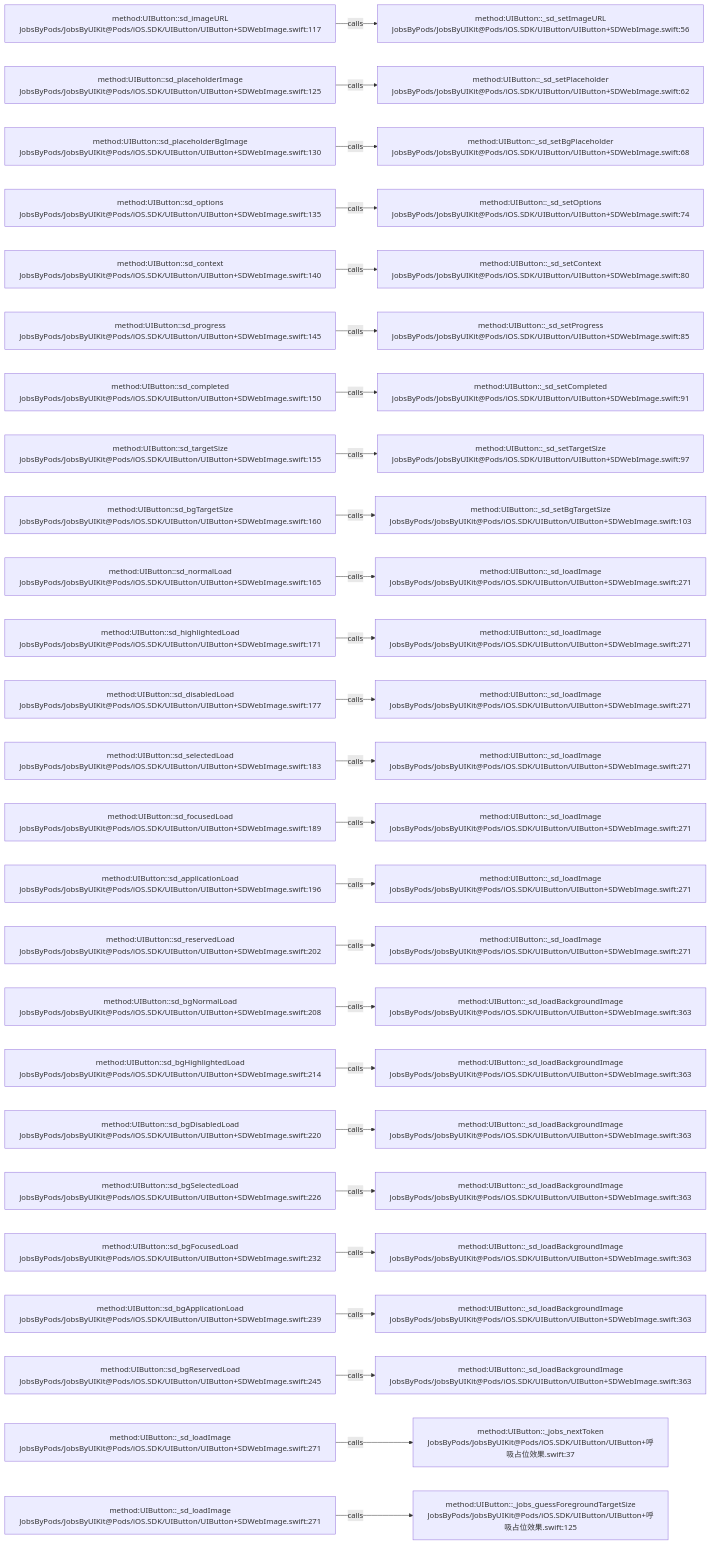
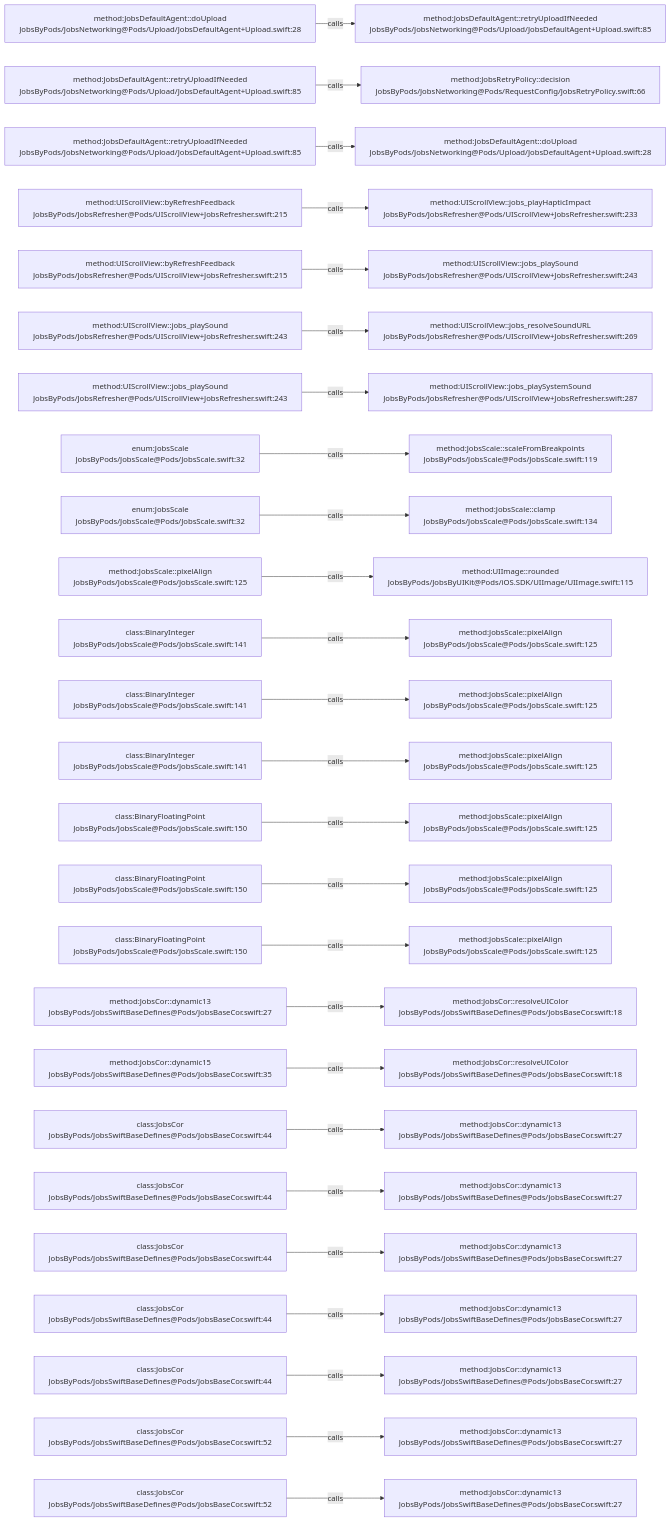
One commit to JobsKits/JobsSwiftBaseConfigDemo changed the diagram in .codegraph/codegraph.md/graphs/calls-042.md. Above: the diagram before and after it, drawn with Mermaid. The commit also changed 569 other files, not shown here.

````diff
--- a/.codegraph/codegraph.md/graphs/calls-042.md
+++ b/.codegraph/codegraph.md/graphs/calls-042.md
@@ -13,78 +13,78 @@
 ```mermaid
 flowchart LR
-  S1["method:UIButton::sd_imageURL<br/>JobsByPods/JobsByUIKit@Pods/iOS.SDK/UIButton/UIButton+SDWebImage.swift:117"]
-  T1["method:UIButton::_sd_setImageURL<br/>JobsByPods/JobsByUIKit@Pods/iOS.SDK/UIButton/UIButton+SDWebImage.swift:56"]
+  S1["method:JobsDefaultAgent::doUpload<br/>JobsByPods/JobsNetworking@Pods/Upload/JobsDefaultAgent+Upload.swift:28"]
+  T1["method:JobsDefaultAgent::retryUploadIfNeeded<br/>JobsByPods/JobsNetworking@Pods/Upload/JobsDefaultAgent+Upload.swift:85"]
   S1 -->|calls| T1
-  S2["method:UIButton::sd_placeholderImage<br/>JobsByPods/JobsByUIKit@Pods/iOS.SDK/UIButton/UIButton+SDWebImage.swift:125"]
-  T2["method:UIButton::_sd_setPlaceholder<br/>JobsByPods/JobsByUIKit@Pods/iOS.SDK/UIButton/UIButton+SDWebImage.swift:62"]
+  S2["method:JobsDefaultAgent::retryUploadIfNeeded<br/>JobsByPods/JobsNetworking@Pods/Upload/JobsDefaultAgent+Upload.swift:85"]
+  T2["method:JobsRetryPolicy::decision<br/>JobsByPods/JobsNetworking@Pods/RequestConfig/JobsRetryPolicy.swift:66"]
   S2 -->|calls| T2
-  S3["method:UIButton::sd_placeholderBgImage<br/>JobsByPods/JobsByUIKit@Pods/iOS.SDK/UIButton/UIButton+SDWebImage.swift:130"]
-  T3["method:UIButton::_sd_setBgPlaceholder<br/>JobsByPods/JobsByUIKit@Pods/iOS.SDK/UIButton/UIButton+SDWebImage.swift:68"]
+  S3["method:JobsDefaultAgent::retryUploadIfNeeded<br/>JobsByPods/JobsNetworking@Pods/Upload/JobsDefaultAgent+Upload.swift:85"]
+  T3["method:JobsDefaultAgent::doUpload<br/>JobsByPods/JobsNetworking@Pods/Upload/JobsDefaultAgent+Upload.swift:28"]
   S3 -->|calls| T3
-  S4["method:UIButton::sd_options<br/>JobsByPods/JobsByUIKit@Pods/iOS.SDK/UIButton/UIButton+SDWebImage.swift:135"]
-  T4["method:UIButton::_sd_setOptions<br/>JobsByPods/JobsByUIKit@Pods/iOS.SDK/UIButton/UIButton+SDWebImage.swift:74"]
+  S4["method:UIScrollView::byRefreshFeedback<br/>JobsByPods/JobsRefresher@Pods/UIScrollView+JobsRefresher.swift:215"]
+  T4["method:UIScrollView::jobs_playHapticImpact<br/>JobsByPods/JobsRefresher@Pods/UIScrollView+JobsRefresher.swift:233"]
   S4 -->|calls| T4
-  S5["method:UIButton::sd_context<br/>JobsByPods/JobsByUIKit@Pods/iOS.SDK/UIButton/UIButton+SDWebImage.swift:140"]
-  T5["method:UIButton::_sd_setContext<br/>JobsByPods/JobsByUIKit@Pods/iOS.SDK/UIButton/UIButton+SDWebImage.swift:80"]
+  S5["method:UIScrollView::byRefreshFeedback<br/>JobsByPods/JobsRefresher@Pods/UIScrollView+JobsRefresher.swift:215"]
+  T5["method:UIScrollView::jobs_playSound<br/>JobsByPods/JobsRefresher@Pods/UIScrollView+JobsRefresher.swift:243"]
   S5 -->|calls| T5
-  S6["method:UIButton::sd_progress<br/>JobsByPods/JobsByUIKit@Pods/iOS.SDK/UIButton/UIButton+SDWebImage.swift:145"]
-  T6["method:UIButton::_sd_setProgress<br/>JobsByPods/JobsByUIKit@Pods/iOS.SDK/UIButton/UIButton+SDWebImage.swift:85"]
+  S6["method:UIScrollView::jobs_playSound<br/>JobsByPods/JobsRefresher@Pods/UIScrollView+JobsRefresher.swift:243"]
+  T6["method:UIScrollView::jobs_resolveSoundURL<br/>JobsByPods/JobsRefresher@Pods/UIScrollView+JobsRefresher.swift:269"]
   S6 -->|calls| T6
-  S7["method:UIButton::sd_completed<br/>JobsByPods/JobsByUIKit@Pods/iOS.SDK/UIButton/UIButton+SDWebImage.swift:150"]
-  T7["method:UIButton::_sd_setCompleted<br/>JobsByPods/JobsByUIKit@Pods/iOS.SDK/UIButton/UIButton+SDWebImage.swift:91"]
+  S7["method:UIScrollView::jobs_playSound<br/>JobsByPods/JobsRefresher@Pods/UIScrollView+JobsRefresher.swift:243"]
+  T7["method:UIScrollView::jobs_playSystemSound<br/>JobsByPods/JobsRefresher@Pods/UIScrollView+JobsRefresher.swift:287"]
   S7 -->|calls| T7
-  S8["method:UIButton::sd_targetSize<br/>JobsByPods/JobsByUIKit@Pods/iOS.SDK/UIButton/UIButton+SDWebImage.swift:155"]
-  T8["method:UIButton::_sd_setTargetSize<br/>JobsByPods/JobsByUIKit@Pods/iOS.SDK/UIButton/UIButton+SDWebImage.swift:97"]
+  S8["enum:JobsScale<br/>JobsByPods/JobsScale@Pods/JobsScale.swift:32"]
+  T8["method:JobsScale::scaleFromBreakpoints<br/>JobsByPods/JobsScale@Pods/JobsScale.swift:119"]
   S8 -->|calls| T8
-  S9["method:UIButton::sd_bgTargetSize<br/>JobsByPods/JobsByUIKit@Pods/iOS.SDK/UIButton/UIButton+SDWebImage.swift:160"]
-  T9["method:UIButton::_sd_setBgTargetSize<br/>JobsByPods/JobsByUIKit@Pods/iOS.SDK/UIButton/UIButton+SDWebImage.swift:103"]
+  S9["enum:JobsScale<br/>JobsByPods/JobsScale@Pods/JobsScale.swift:32"]
+  T9["method:JobsScale::clamp<br/>JobsByPods/JobsScale@Pods/JobsScale.swift:134"]
   S9 -->|calls| T9
-  S10["method:UIButton::sd_normalLoad<br/>JobsByPods/JobsByUIKit@Pods/iOS.SDK/UIButton/UIButton+SDWebImage.swift:165"]
-  T10["method:UIButton::_sd_loadImage<br/>JobsByPods/JobsByUIKit@Pods/iOS.SDK/UIButton/UIButton+SDWebImage.swift:271"]
+  S10["method:JobsScale::pixelAlign<br/>JobsByPods/JobsScale@Pods/JobsScale.swift:125"]
+  T10["method:UIImage::rounded<br/>JobsByPods/JobsByUIKit@Pods/iOS.SDK/UIImage/UIImage.swift:115"]
   S10 -->|calls| T10
-  S11["method:UIButton::sd_highlightedLoad<br/>JobsByPods/JobsByUIKit@Pods/iOS.SDK/UIButton/UIButton+SDWebImage.swift:171"]
-  T11["method:UIButton::_sd_loadImage<br/>JobsByPods/JobsByUIKit@Pods/iOS.SDK/UIButton/UIButton+SDWebImage.swift:271"]
+  S11["class:BinaryInteger<br/>JobsByPods/JobsScale@Pods/JobsScale.swift:141"]
+  T11["method:JobsScale::pixelAlign<br/>JobsByPods/JobsScale@Pods/JobsScale.swift:125"]
   S11 -->|calls| T11
-  S12["method:UIButton::sd_disabledLoad<br/>JobsByPods/JobsByUIKit@Pods/iOS.SDK/UIButton/UIButton+SDWebImage.swift:177"]
-  T12["method:UIButton::_sd_loadImage<br/>JobsByPods/JobsByUIKit@Pods/iOS.SDK/UIButton/UIButton+SDWebImage.swift:271"]
+  S12["class:BinaryInteger<br/>JobsByPods/JobsScale@Pods/JobsScale.swift:141"]
+  T12["method:JobsScale::pixelAlign<br/>JobsByPods/JobsScale@Pods/JobsScale.swift:125"]
   S12 -->|calls| T12
-  S13["method:UIButton::sd_selectedLoad<br/>JobsByPods/JobsByUIKit@Pods/iOS.SDK/UIButton/UIButton+SDWebImage.swift:183"]
-  T13["method:UIButton::_sd_loadImage<br/>JobsByPods/JobsByUIKit@Pods/iOS.SDK/UIButton/UIButton+SDWebImage.swift:271"]
+  S13["class:BinaryInteger<br/>JobsByPods/JobsScale@Pods/JobsScale.swift:141"]
+  T13["method:JobsScale::pixelAlign<br/>JobsByPods/JobsScale@Pods/JobsScale.swift:125"]
   S13 -->|calls| T13
-  S14["method:UIButton::sd_focusedLoad<br/>JobsByPods/JobsByUIKit@Pods/iOS.SDK/UIButton/UIButton+SDWebImage.swift:189"]
-  T14["method:UIButton::_sd_loadImage<br/>JobsByPods/JobsByUIKit@Pods/iOS.SDK/UIButton/UIButton+SDWebImage.swift:271"]
+  S14["class:BinaryFloatingPoint<br/>JobsByPods/JobsScale@Pods/JobsScale.swift:150"]
+  T14["method:JobsScale::pixelAlign<br/>JobsByPods/JobsScale@Pods/JobsScale.swift:125"]
   S14 -->|calls| T14
-  S15["method:UIButton::sd_applicationLoad<br/>JobsByPods/JobsByUIKit@Pods/iOS.SDK/UIButton/UIButton+SDWebImage.swift:196"]
-  T15["method:UIButton::_sd_loadImage<br/>JobsByPods/JobsByUIKit@Pods/iOS.SDK/UIButton/UIButton+SDWebImage.swift:271"]
+  S15["class:BinaryFloatingPoint<br/>JobsByPods/JobsScale@Pods/JobsScale.swift:150"]
+  T15["method:JobsScale::pixelAlign<br/>JobsByPods/JobsScale@Pods/JobsScale.swift:125"]
   S15 -->|calls| T15
-  S16["method:UIButton::sd_reservedLoad<br/>JobsByPods/JobsByUIKit@Pods/iOS.SDK/UIButton/UIButton+SDWebImage.swift:202"]
-  T16["method:UIButton::_sd_loadImage<br/>JobsByPods/JobsByUIKit@Pods/iOS.SDK/UIButton/UIButton+SDWebImage.swift:271"]
+  S16["class:BinaryFloatingPoint<br/>JobsByPods/JobsScale@Pods/JobsScale.swift:150"]
+  T16["method:JobsScale::pixelAlign<br/>JobsByPods/JobsScale@Pods/JobsScale.swift:125"]
   S16 -->|calls| T16
-  S17["method:UIButton::sd_bgNormalLoad<br/>JobsByPods/JobsByUIKit@Pods/iOS.SDK/UIButton/UIButton+SDWebImage.swift:208"]
-  T17["method:UIButton::_sd_loadBackgroundImage<br/>JobsByPods/JobsByUIKit@Pods/iOS.SDK/UIButton/UIButton+SDWebImage.swift:363"]
+  S17["method:JobsCor::dynamic13<br/>JobsByPods/JobsSwiftBaseDefines@Pods/JobsBaseCor.swift:27"]
+  T17["method:JobsCor::resolveUIColor<br/>JobsByPods/JobsSwiftBaseDefines@Pods/JobsBaseCor.swift:18"]
   S17 -->|calls| T17
-  S18["method:UIButton::sd_bgHighlightedLoad<br/>JobsByPods/JobsByUIKit@Pods/iOS.SDK/UIButton/UIButton+SDWebImage.swift:214"]
-  T18["method:UIButton::_sd_loadBackgroundImage<br/>JobsByPods/JobsByUIKit@Pods/iOS.SDK/UIButton/UIButton+SDWebImage.swift:363"]
+  S18["method:JobsCor::dynamic15<br/>JobsByPods/JobsSwiftBaseDefines@Pods/JobsBaseCor.swift:35"]
+  T18["method:JobsCor::resolveUIColor<br/>JobsByPods/JobsSwiftBaseDefines@Pods/JobsBaseCor.swift:18"]
   S18 -->|calls| T18
-  S19["method:UIButton::sd_bgDisabledLoad<br/>JobsByPods/JobsByUIKit@Pods/iOS.SDK/UIButton/UIButton+SDWebImage.swift:220"]
-  T19["method:UIButton::_sd_loadBackgroundImage<br/>JobsByPods/JobsByUIKit@Pods/iOS.SDK/UIButton/UIButton+SDWebImage.swift:363"]
+  S19["class:JobsCor<br/>JobsByPods/JobsSwiftBaseDefines@Pods/JobsBaseCor.swift:44"]
+  T19["method:JobsCor::dynamic13<br/>JobsByPods/JobsSwiftBaseDefines@Pods/JobsBaseCor.swift:27"]
   S19 -->|calls| T19
-  S20["method:UIButton::sd_bgSelectedLoad<br/>JobsByPods/JobsByUIKit@Pods/iOS.SDK/UIButton/UIButton+SDWebImage.swift:226"]
-  T20["method:UIButton::_sd_loadBackgroundImage<br/>JobsByPods/JobsByUIKit@Pods/iOS.SDK/UIButton/UIButton+SDWebImage.swift:363"]
+  S20["class:JobsCor<br/>JobsByPods/JobsSwiftBaseDefines@Pods/JobsBaseCor.swift:44"]
+  T20["method:JobsCor::dynamic13<br/>JobsByPods/JobsSwiftBaseDefines@Pods/JobsBaseCor.swift:27"]
   S20 -->|calls| T20
-  S21["method:UIButton::sd_bgFocusedLoad<br/>JobsByPods/JobsByUIKit@Pods/iOS.SDK/UIButton/UIButton+SDWebImage.swift:232"]
-  T21["method:UIButton::_sd_loadBackgroundImage<br/>JobsByPods/JobsByUIKit@Pods/iOS.SDK/UIButton/UIButton+SDWebImage.swift:363"]
+  S21["class:JobsCor<br/>JobsByPods/JobsSwiftBaseDefines@Pods/JobsBaseCor.swift:44"]
+  T21["method:JobsCor::dynamic13<br/>JobsByPods/JobsSwiftBaseDefines@Pods/JobsBaseCor.swift:27"]
   S21 -->|calls| T21
-  S22["method:UIButton::sd_bgApplicationLoad<br/>JobsByPods/JobsByUIKit@Pods/iOS.SDK/UIButton/UIButton+SDWebImage.swift:239"]
-  T22["method:UIButton::_sd_loadBackgroundImage<br/>JobsByPods/JobsByUIKit@Pods/iOS.SDK/UIButton/UIButton+SDWebImage.swift:363"]
+  S22["class:JobsCor<br/>JobsByPods/JobsSwiftBaseDefines@Pods/JobsBaseCor.swift:44"]
+  T22["method:JobsCor::dynamic13<br/>JobsByPods/JobsSwiftBaseDefines@Pods/JobsBaseCor.swift:27"]
   S22 -->|calls| T22
-  S23["method:UIButton::sd_bgReservedLoad<br/>JobsByPods/JobsByUIKit@Pods/iOS.SDK/UIButton/UIButton+SDWebImage.swift:245"]
-  T23["method:UIButton::_sd_loadBackgroundImage<br/>JobsByPods/JobsByUIKit@Pods/iOS.SDK/UIButton/UIButton+SDWebImage.swift:363"]
+  S23["class:JobsCor<br/>JobsByPods/JobsSwiftBaseDefines@Pods/JobsBaseCor.swift:44"]
+  T23["method:JobsCor::dynamic13<br/>JobsByPods/JobsSwiftBaseDefines@Pods/JobsBaseCor.swift:27"]
   S23 -->|calls| T23
-  S24["method:UIButton::_sd_loadImage<br/>JobsByPods/JobsByUIKit@Pods/iOS.SDK/UIButton/UIButton+SDWebImage.swift:271"]
-  T24["method:UIButton::_jobs_nextToken<br/>JobsByPods/JobsByUIKit@Pods/iOS.SDK/UIButton/UIButton+呼吸占位效果.swift:37"]
+  S24["class:JobsCor<br/>JobsByPods/JobsSwiftBaseDefines@Pods/JobsBaseCor.swift:52"]
+  T24["method:JobsCor::dynamic13<br/>JobsByPods/JobsSwiftBaseDefines@Pods/JobsBaseCor.swift:27"]
   S24 -->|calls| T24
-  S25["method:UIButton::_sd_loadImage<br/>JobsByPods/JobsByUIKit@Pods/iOS.SDK/UIButton/UIButton+SDWebImage.swift:271"]
-  T25["method:UIButton::_jobs_guessForegroundTargetSize<br/>JobsByPods/JobsByUIKit@Pods/iOS.SDK/UIButton/UIButton+呼吸占位效果.swift:125"]
+  S25["class:JobsCor<br/>JobsByPods/JobsSwiftBaseDefines@Pods/JobsBaseCor.swift:52"]
+  T25["method:JobsCor::dynamic13<br/>JobsByPods/JobsSwiftBaseDefines@Pods/JobsBaseCor.swift:27"]
   S25 -->|calls| T25
 ```
````
